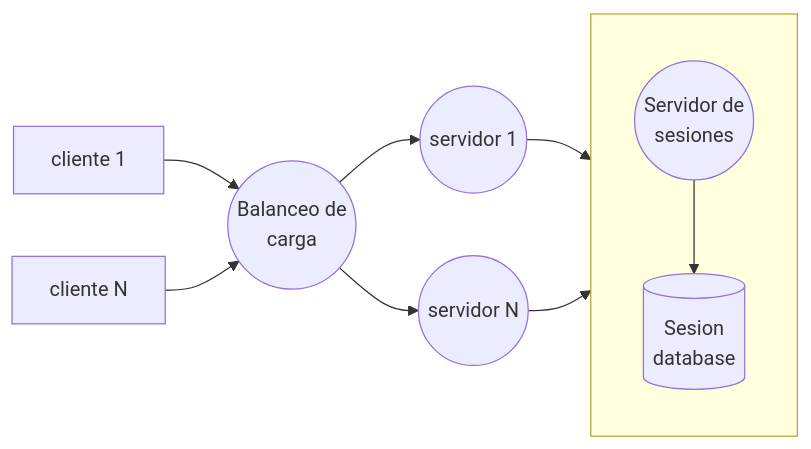
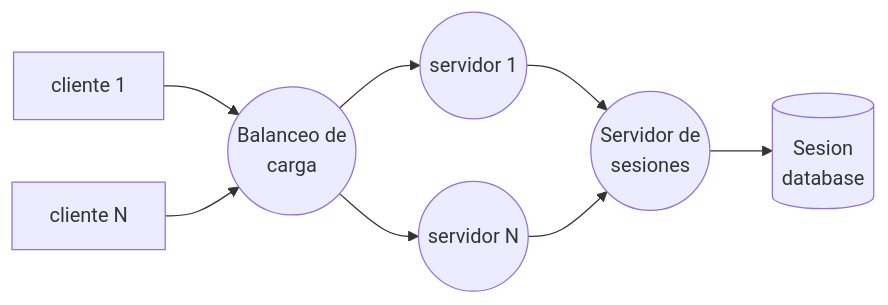
Before and after one commit to Adega318/uni-apuntes: the fourth of 4 diagrams in 3/3.1/isd/teoríca/isd-service_REST.md, drawn with Mermaid. The commit also changed other lines of this file, not shown here.

Commit message:
vault backup: 2023-11-09 11:28:31

````diff
--- a/3/3.1/isd/teoríca/isd-service_REST.md
+++ b/3/3.1/isd/teoríca/isd-service_REST.md
@@ -52,21 +52,18 @@
 ```mermaid
 flowchart LR
 	c1[cliente 1]
 	c2[cliente N]
 	b(("Balanceo de\ncarga"))
 	s1((servidor 1))
 	s2((servidor N))
-	subgraph \n
-		direction TB
-		ss(("Servidor de\nsesiones"))
-		db[("Sesion\ndatabase")]
-	end
+	ss(("Servidor de\nsesiones"))
+	db[("Sesion\ndatabase")]
 
 	c1-->b
 	c2-->b
 	b-->s1
 	b-->s2
 	s1-->ss
 	s2-->ss
 	ss-->db
 ```
````
